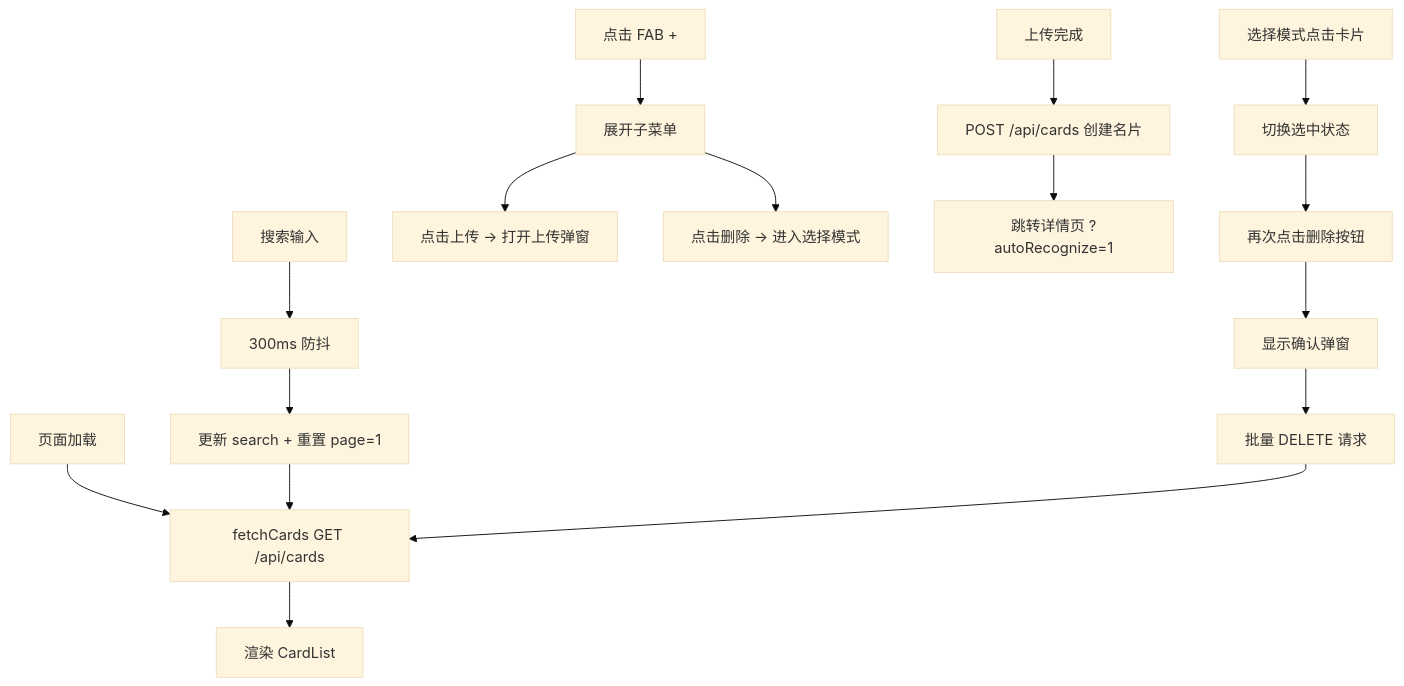
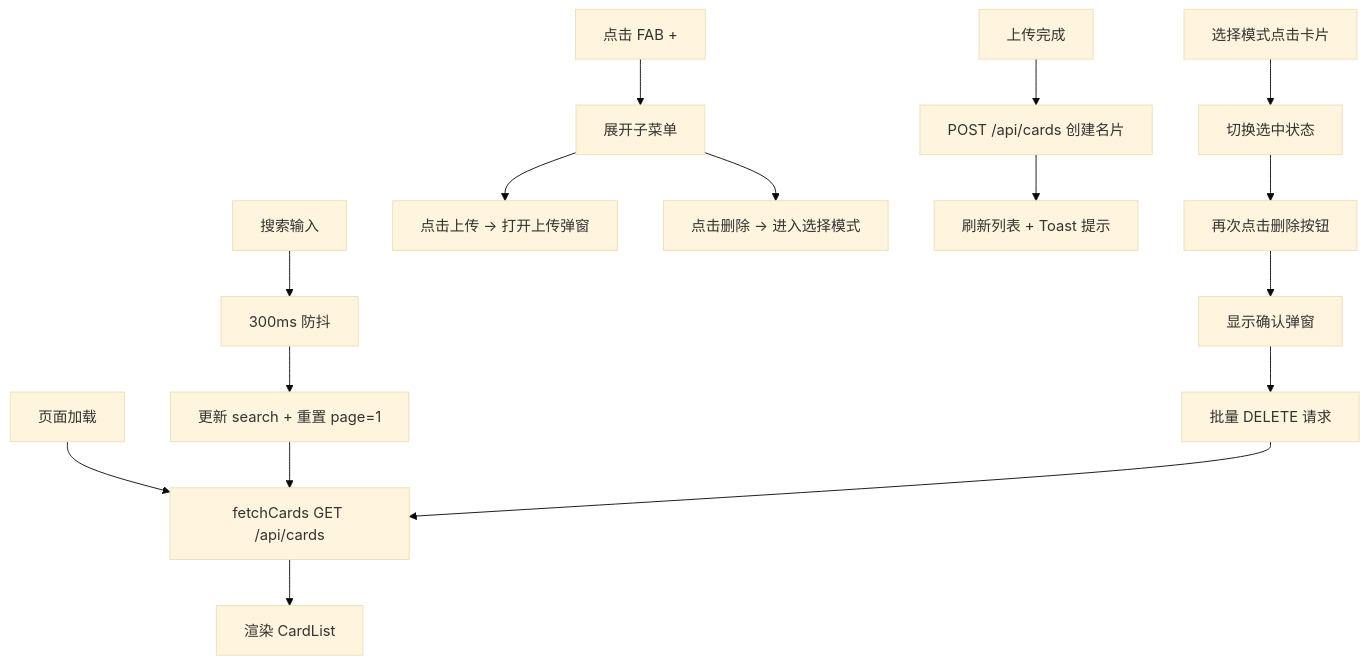
One commit to addicted0010/namecardfolder changed the second of 2 diagrams in Documents/frontend/frontend.md. Above: the diagram before and after it, drawn with Mermaid (base theme). The commit also changed other lines of this file and 25 other files, not shown here.

````diff
--- a/Documents/frontend/frontend.md
+++ b/Documents/frontend/frontend.md
@@ -61,22 +61,22 @@
 ```mermaid
 graph TD
     A[页面加载] --> B[fetchCards GET /api/cards]
     B --> C[渲染 CardList]
     
     D[搜索输入] --> E[300ms 防抖]
     E --> F[更新 search + 重置 page=1]
     F --> B
     
     G[点击 FAB +] --> H[展开子菜单]
     H --> I[点击上传 → 打开上传弹窗]
     H --> J[点击删除 → 进入选择模式]
     
     K[上传完成] --> L[POST /api/cards 创建名片]
-    L --> M[跳转详情页 ?autoRecognize=1]
+    L --> M[刷新列表 + Toast 提示]
     
     N[选择模式点击卡片] --> O[切换选中状态]
     O --> P[再次点击删除按钮]
     P --> Q[显示确认弹窗]
     Q --> R[批量 DELETE 请求]
     R --> B
 ```
````
